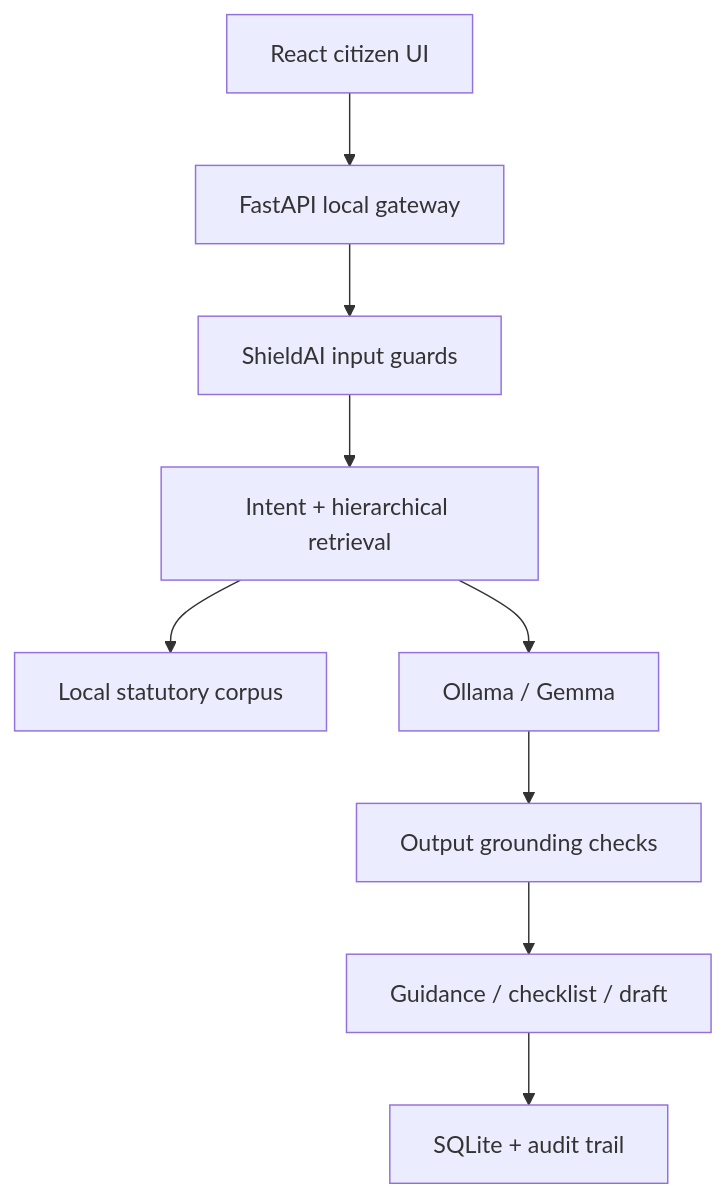
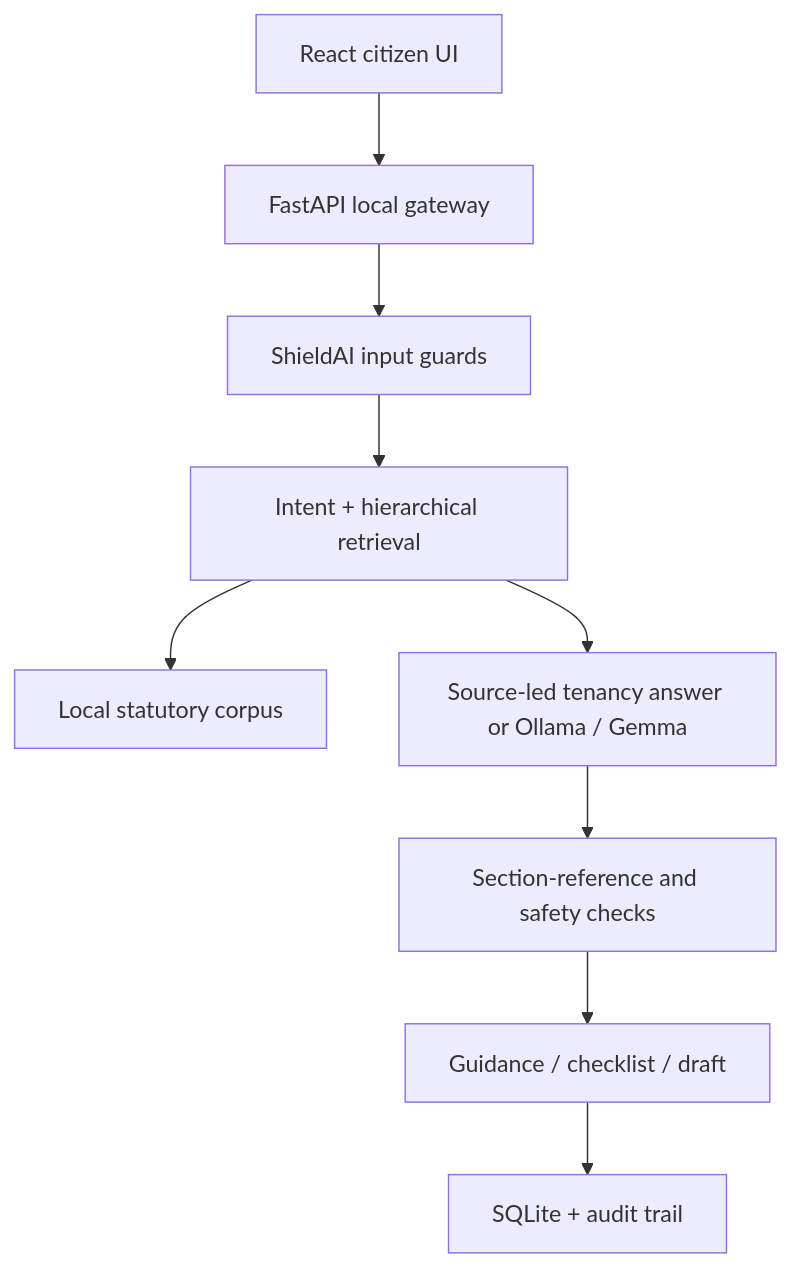
Before and after one commit to ShubhiDixit09/Pramaan-Bot_CodeCubicle: the diagram in docs/ARCHITECTURE.md, drawn with Mermaid. The commit also changed other lines of this file and 18 other files, not shown here.

Commit message:
Ground tenancy deposit guidance in official sources and honest trust checks

````diff
--- a/docs/ARCHITECTURE.md
+++ b/docs/ARCHITECTURE.md
@@ -3,11 +3,11 @@
 ```mermaid
 flowchart TD
     A["React citizen UI"] --> B["FastAPI local gateway"]
     B --> C["ShieldAI input guards"]
     C --> D["Intent + hierarchical retrieval"]
     D --> E["Local statutory corpus"]
-    D --> F["Ollama / Gemma"]
-    F --> G["Output grounding checks"]
+    D --> F["Source-led tenancy answer or Ollama / Gemma"]
+    F --> G["Section-reference and safety checks"]
     G --> H["Guidance / checklist / draft"]
     H --> I["SQLite + audit trail"]
 ```
````
